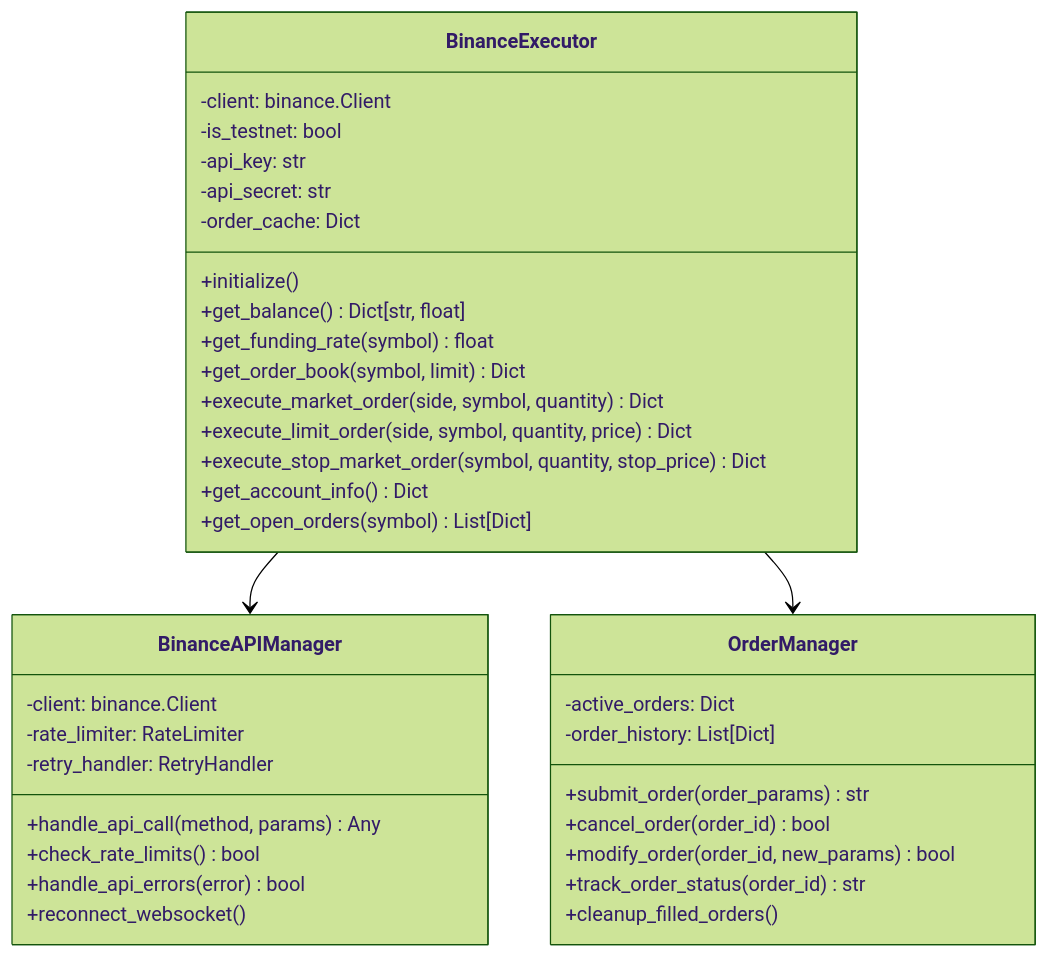
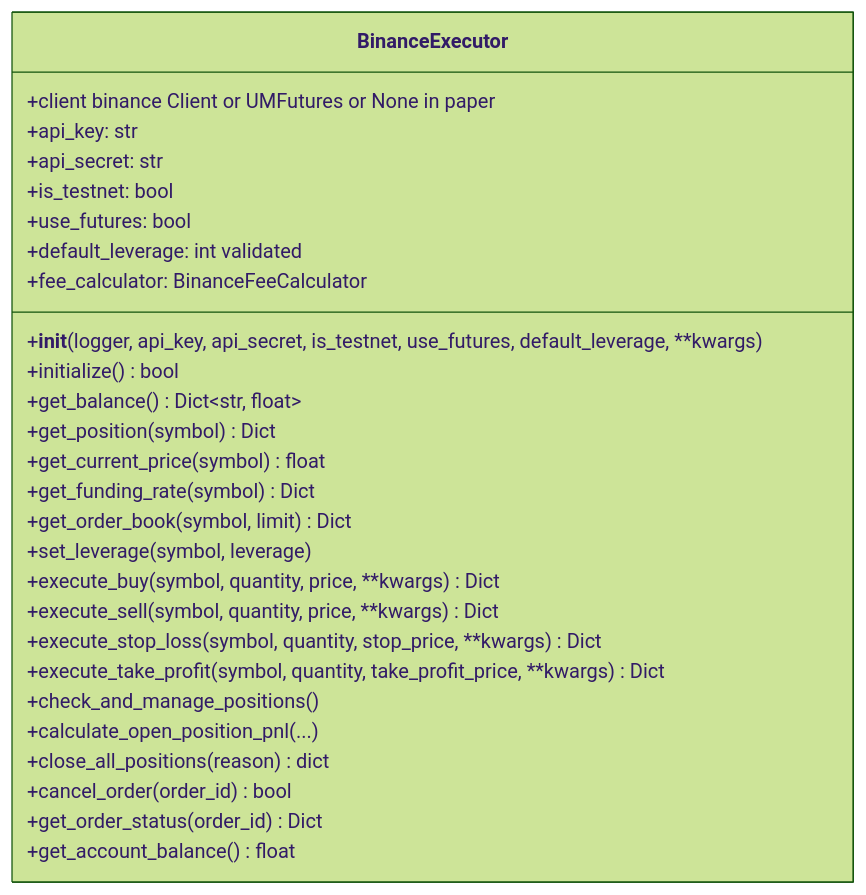
Before and after one commit to cluster2600/ELVIS: the eighth of 9 diagrams in docs/trading_system.md, drawn with Mermaid (forest theme). The commit also changed other lines of this file and 60 other files, not shown here.

````diff
--- a/docs/trading_system.md
+++ b/docs/trading_system.md
@@ -359,42 +310,30 @@
 ```mermaid
 classDiagram
     class BinanceExecutor {
-        -client: binance.Client
-        -is_testnet: bool
-        -api_key: str
-        -api_secret: str
-        -order_cache: Dict
-        +initialize()
-        +get_balance() Dict[str, float]
-        +get_funding_rate(symbol) float
+        +client  binance Client or UMFutures or None in paper
+        +api_key: str
+        +api_secret: str
+        +is_testnet: bool
+        +use_futures: bool
+        +default_leverage: int  validated
+        +fee_calculator: BinanceFeeCalculator
+        +__init__(logger, api_key, api_secret, is_testnet, use_futures, default_leverage, **kwargs)
+        +initialize() bool
+        +get_balance() Dict~str, float~
+        +get_position(symbol) Dict
+        +get_current_price(symbol) float
+        +get_funding_rate(symbol) Dict
         +get_order_book(symbol, limit) Dict
-        +execute_market_order(side, symbol, quantity) Dict
-        +execute_limit_order(side, symbol, quantity, price) Dict
-        +execute_stop_market_order(symbol, quantity, stop_price) Dict
-        +get_account_info() Dict
-        +get_open_orders(symbol) List[Dict]
+        +set_leverage(symbol, leverage)
+        +execute_buy(symbol, quantity, price, **kwargs) Dict
+        +execute_sell(symbol, quantity, price, **kwargs) Dict
+        +execute_stop_loss(symbol, quantity, stop_price, **kwargs) Dict
+        +execute_take_profit(symbol, quantity, take_profit_price, **kwargs) Dict
+        +check_and_manage_positions()
+        +calculate_open_position_pnl(...) 
+        +close_all_positions(reason) dict
+        +cancel_order(order_id) bool
+        +get_order_status(order_id) Dict
+        +get_account_balance() float
     }
-    
-    class BinanceAPIManager {
-        -client: binance.Client
-        -rate_limiter: RateLimiter
-        -retry_handler: RetryHandler
-        +handle_api_call(method, params) Any
-        +check_rate_limits() bool
-        +handle_api_errors(error) bool
-        +reconnect_websocket()
-    }
-    
-    class OrderManager {
-        -active_orders: Dict
-        -order_history: List[Dict]
-        +submit_order(order_params) str
-        +cancel_order(order_id) bool
-        +modify_order(order_id, new_params) bool
-        +track_order_status(order_id) str
-        +cleanup_filled_orders()
-    }
-    
-    BinanceExecutor --> BinanceAPIManager
-    BinanceExecutor --> OrderManager
 ```
````
